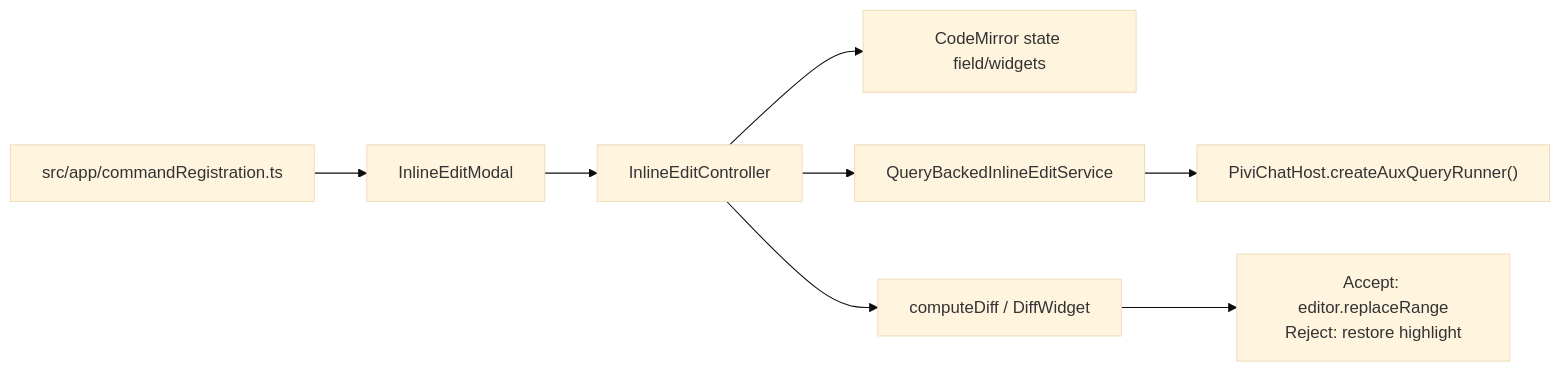
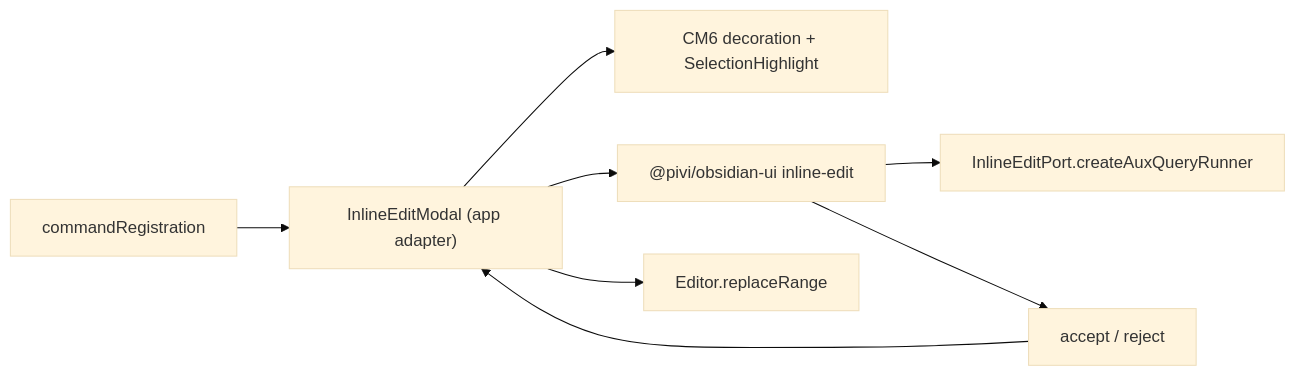
One commit to shuuul/obsidian-pivi changed the diagram in src/ui/inline-edit/AGENTS.md. Above: the diagram before and after it, drawn with Mermaid (base theme). The commit also changed other lines of this file and 405 other files, not shown here.

First line of the commit message:
feat(obsidian-ui): migrate chat surfaces to React with HEAD parity

````diff
--- a/src/ui/inline-edit/AGENTS.md
+++ b/src/ui/inline-edit/AGENTS.md
@@ -11,10 +11,10 @@
 ```mermaid
 flowchart LR
-  Command["src/app/commandRegistration.ts"] --> Modal["InlineEditModal"]
-  Modal --> Controller["InlineEditController"]
-  Controller --> CM["CodeMirror state field/widgets"]
-  Controller --> Service["QueryBackedInlineEditService"]
-  Service --> Runner["PiviChatHost.createAuxQueryRunner()"]
-  Controller --> Diff["computeDiff / DiffWidget"]
-  Diff --> Decision["Accept: editor.replaceRange<br/>Reject: restore highlight"]
+  Command["commandRegistration"] --> Adapter["InlineEditModal (app adapter)"]
+  Adapter --> CM["CM6 decoration + SelectionHighlight"]
+  Adapter --> React["@pivi/obsidian-ui inline-edit"]
+  React --> Runner["InlineEditPort.createAuxQueryRunner"]
+  React --> Decision["accept / reject"]
+  Decision --> Adapter
+  Adapter --> Apply["Editor.replaceRange"]
 ```
````
